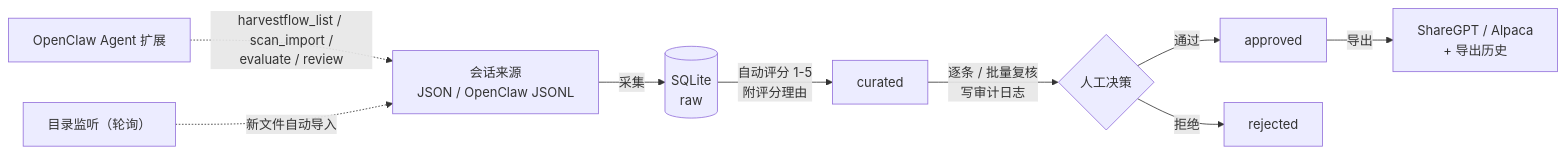
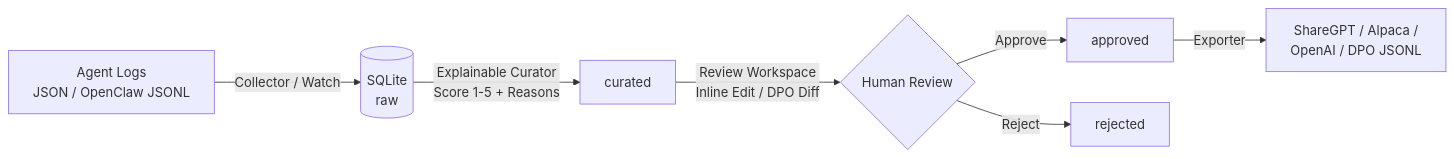
Before and after one commit to mcocdaa/HarvestFlow: the diagram in README.md, drawn with Mermaid. The commit also changed other lines of this file and 1 other file, not shown here.

Commit message:
docs(readme): unify bilingual open-source README and README_CN layout (#66)

````diff
--- a/README.md
+++ b/README.md
@@ -28,11 +79,9 @@
 ```mermaid
 flowchart LR
-    A["会话来源<br/>JSON / OpenClaw JSONL"] -->|采集| B[("SQLite<br/>raw")]
-    B -->|自动评分 1-5<br/>附评分理由| C["curated"]
-    C -->|逐条 / 批量复核<br/>写审计日志| D{"人工决策"}
-    D -->|通过| E["approved"]
-    D -->|拒绝| F["rejected"]
-    E -->|导出| G["ShareGPT / Alpaca<br/>+ 导出历史"]
-    H["OpenClaw Agent 扩展"] -. "harvestflow_list / scan_import /<br/>evaluate / review" .-> A
-    W["目录监听（轮询）"] -. "新文件自动导入" .-> A
+    A["Agent Logs<br/>JSON / OpenClaw JSONL"] -->|Collector / Watch| B[("SQLite<br/>raw")]
+    B -->|Explainable Curator<br/>Score 1-5 + Reasons| C["curated"]
+    C -->|Review Workspace<br/>Inline Edit / DPO Diff| D{"Human Review"}
+    D -->|Approve| E["approved"]
+    D -->|Reject| F["rejected"]
+    E -->|Exporter| G["ShareGPT / Alpaca /<br/>OpenAI / DPO JSONL"]
 ```
````
